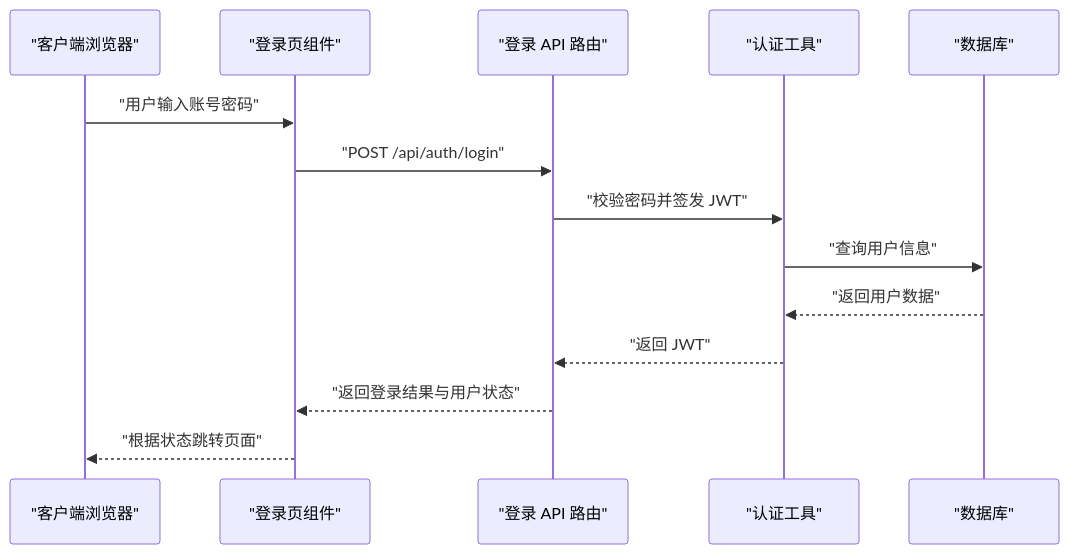
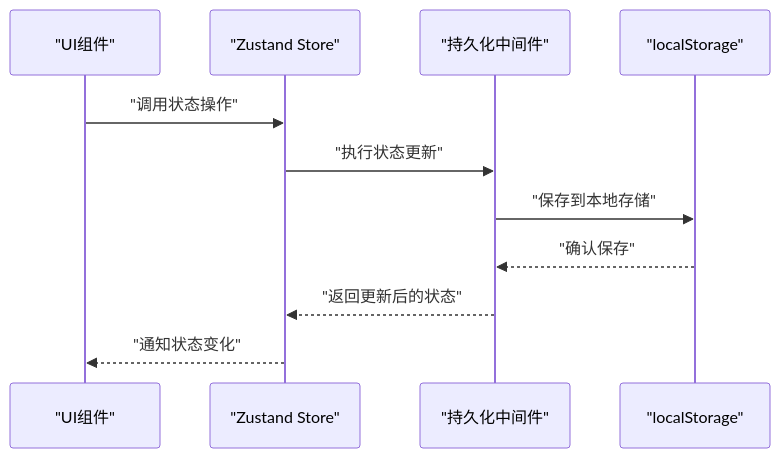
Before and after one commit to three3638-arch/celestia_2b: the third of 6 diagrams in .qoder/repowiki/zh/content/状态管理/状态管理.md, drawn with Mermaid. The commit also changed other lines of this file and 17 other files, not shown here.

````diff
--- a/.qoder/repowiki/zh/content/状态管理/状态管理.md
+++ b/.qoder/repowiki/zh/content/状态管理/状态管理.md
@@ -83,16 +123,13 @@
 ```mermaid
 sequenceDiagram
-participant C as "客户端浏览器"
-participant L as "登录页组件"
-participant A as "登录 API 路由"
-participant U as "认证工具"
-participant DB as "数据库"
-C->>L : "用户输入账号密码"
-L->>A : "POST /api/auth/login"
-A->>U : "校验密码并签发 JWT"
-U->>DB : "查询用户信息"
-DB-->>U : "返回用户数据"
-U-->>A : "返回 JWT"
-A-->>L : "返回登录结果与用户状态"
-L-->>C : "根据状态跳转页面"
+participant UI as "UI组件"
+participant Store as "Zustand Store"
+participant Persist as "持久化中间件"
+participant LocalStorage as "localStorage"
+UI->>Store : "调用状态操作"
+Store->>Persist : "执行状态更新"
+Persist->>LocalStorage : "保存到本地存储"
+LocalStorage-->>Persist : "确认保存"
+Persist-->>Store : "返回更新后的状态"
+Store-->>UI : "通知状态变化"
 ```
````
